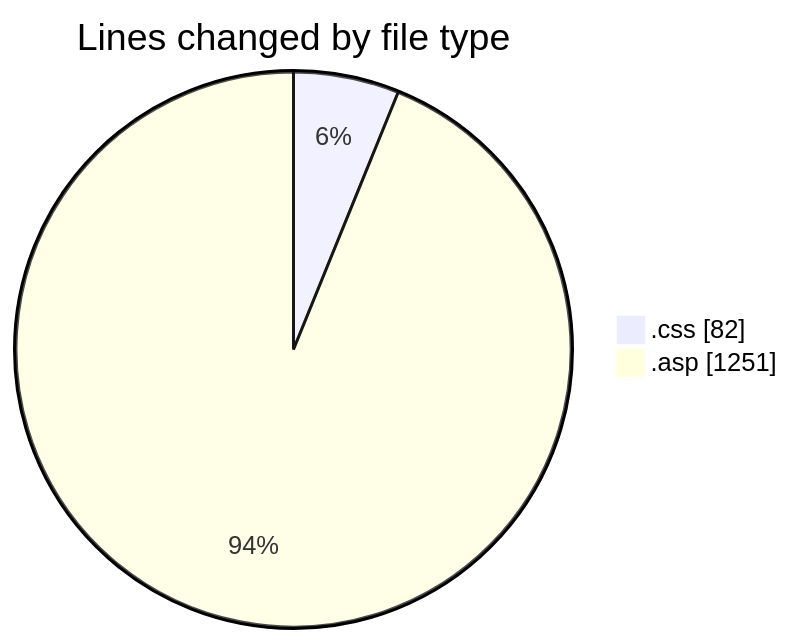
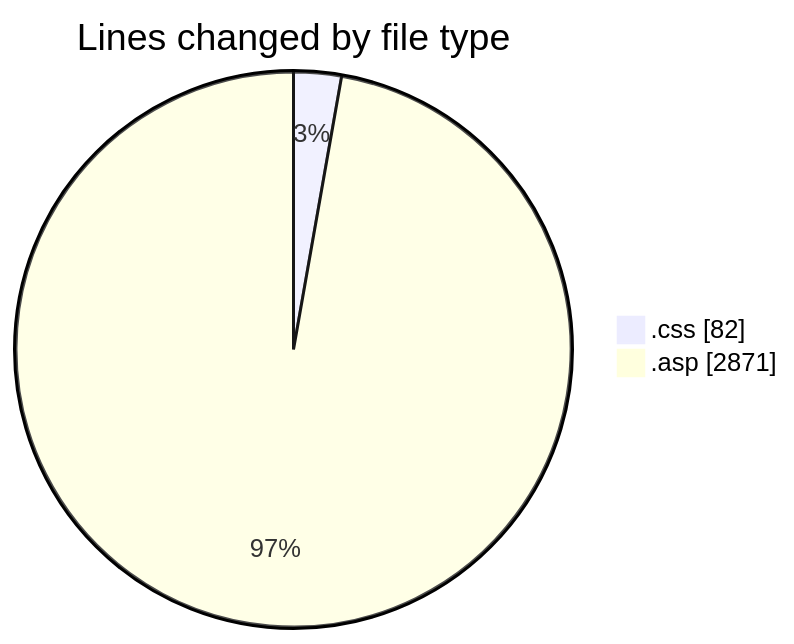
The first of 2 diagrams in 2025-11-16/cdp_aleoudev_fr__workspace_/README.md (julien-gomy/code-tracking), drawn with Mermaid before and after one commit. The commit also changed other lines of this file and 1 other file, not shown here.

````diff
--- a/2025-11-16/cdp_aleoudev_fr__workspace_/README.md
+++ b/2025-11-16/cdp_aleoudev_fr__workspace_/README.md
@@ -24,6 +25,6 @@
 ```mermaid
 pie showData
 title Lines changed by file type
 ".css" : 82
-".asp" : 1251
+".asp" : 2871
 ```
````
